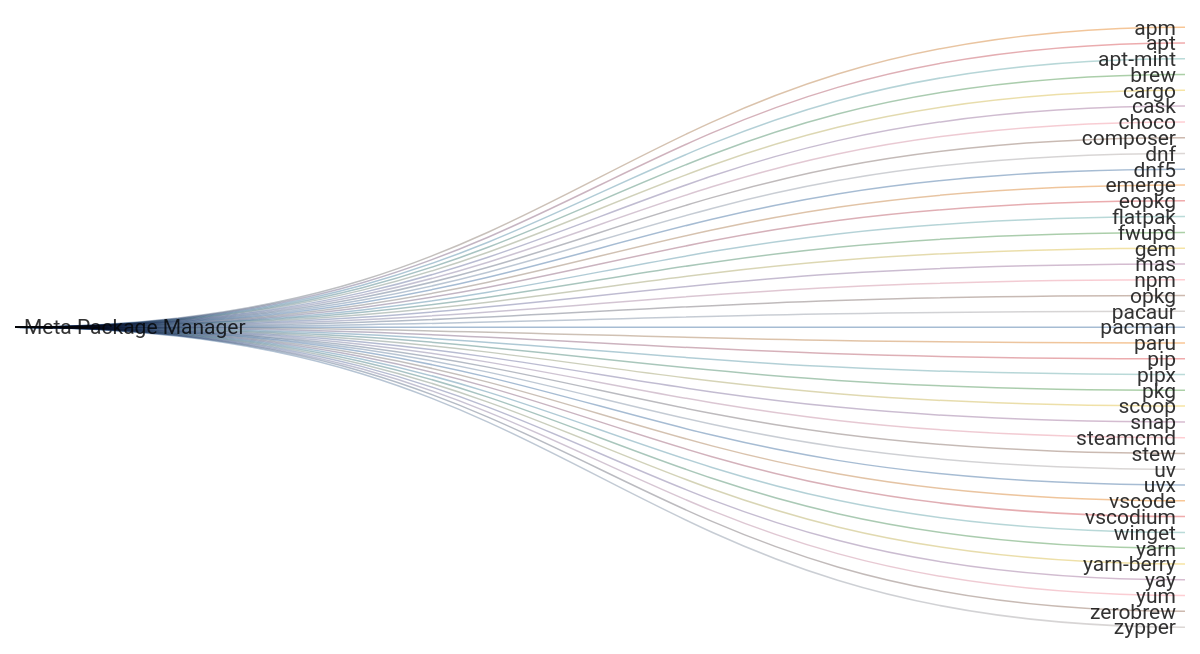
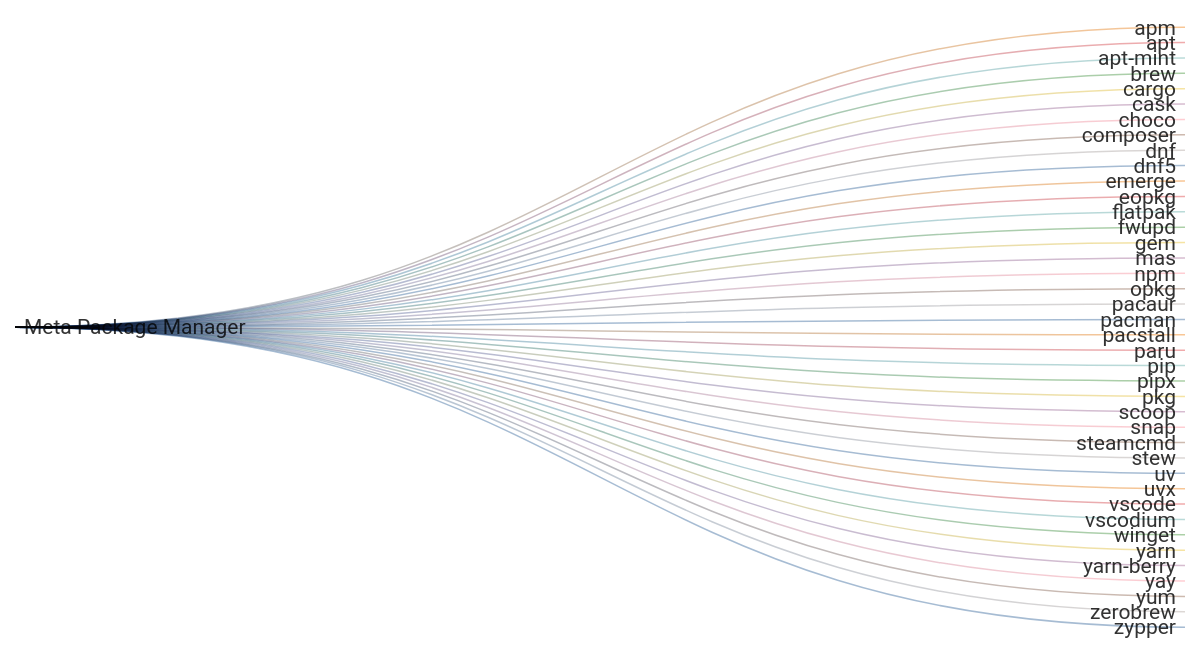
The diagram in readme.md (kdeldycke/meta-package-manager), drawn with Mermaid before and after one commit. The commit also changed other lines of this file and 6 other files, not shown here.

First line of the commit message:
Add Pacstall package manager

````diff
--- a/readme.md
+++ b/readme.md
@@ -70,46 +70,47 @@
 ```mermaid
 ---
 config: {"sankey": {"showValues": false, "width": 800, "height": 400}}
 ---
 sankey-beta
 
 Meta Package Manager,apm,1
 Meta Package Manager,apt,1
 Meta Package Manager,apt-mint,1
 Meta Package Manager,brew,1
 Meta Package Manager,cargo,1
 Meta Package Manager,cask,1
 Meta Package Manager,choco,1
 Meta Package Manager,composer,1
 Meta Package Manager,dnf,1
 Meta Package Manager,dnf5,1
 Meta Package Manager,emerge,1
 Meta Package Manager,eopkg,1
 Meta Package Manager,flatpak,1
 Meta Package Manager,fwupd,1
 Meta Package Manager,gem,1
 Meta Package Manager,mas,1
 Meta Package Manager,npm,1
 Meta Package Manager,opkg,1
 Meta Package Manager,pacaur,1
 Meta Package Manager,pacman,1
+Meta Package Manager,pacstall,1
 Meta Package Manager,paru,1
 Meta Package Manager,pip,1
 Meta Package Manager,pipx,1
 Meta Package Manager,pkg,1
 Meta Package Manager,scoop,1
 Meta Package Manager,snap,1
 Meta Package Manager,steamcmd,1
 Meta Package Manager,stew,1
 Meta Package Manager,uv,1
 Meta Package Manager,uvx,1
 Meta Package Manager,vscode,1
 Meta Package Manager,vscodium,1
 Meta Package Manager,winget,1
 Meta Package Manager,yarn,1
 Meta Package Manager,yarn-berry,1
 Meta Package Manager,yay,1
 Meta Package Manager,yum,1
 Meta Package Manager,zerobrew,1
 Meta Package Manager,zypper,1
 ```
````
